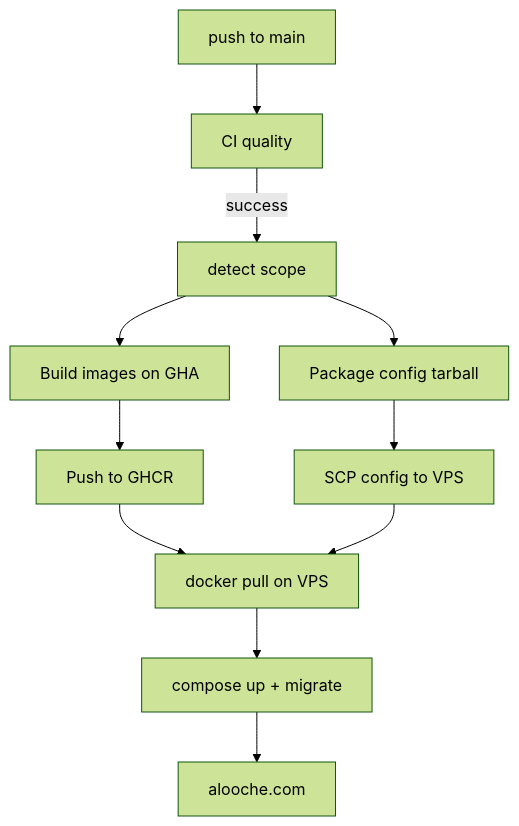
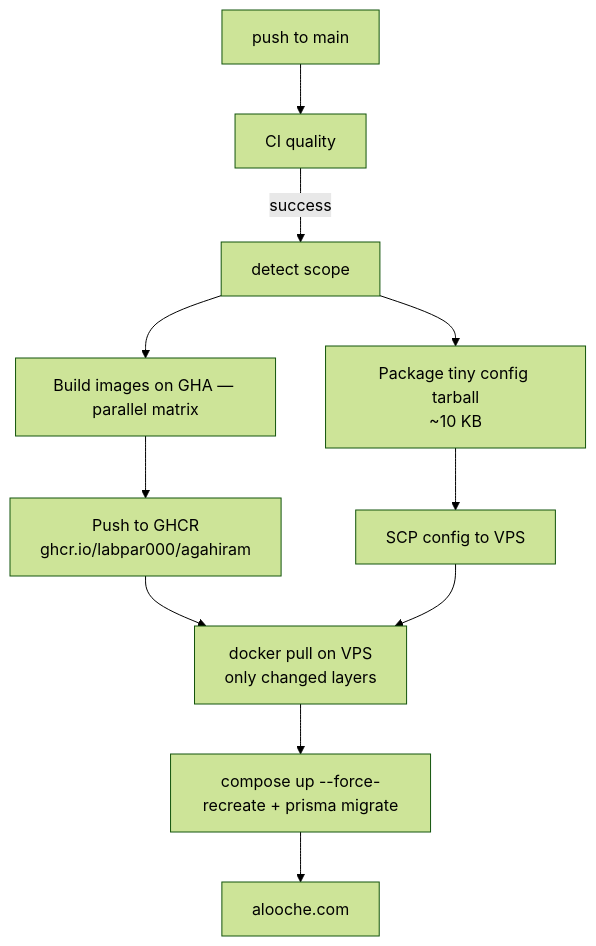
The diagram in docs/CI_CD.md (Labpar000/agahiram-final), drawn with Mermaid (forest theme) before and after one commit. The commit also changed other lines of this file and 11 other files, not shown here.

````diff
--- a/docs/CI_CD.md
+++ b/docs/CI_CD.md
@@ -9,13 +9,13 @@
 ```mermaid
 flowchart TD
   push[push to main] --> ci[CI quality]
   ci -->|success| scope[detect scope]
-  scope --> build[Build images on GHA]
-  build --> ghcr[Push to GHCR]
-  scope --> config[Package config tarball]
+  scope --> build[Build images on GHA — parallel matrix]
+  build --> ghcr[Push to GHCR\nghcr.io/labpar000/agahiram]
+  scope --> config[Package tiny config tarball\n~10 KB]
   config --> scp[SCP config to VPS]
-  ghcr --> pull[docker pull on VPS]
+  ghcr --> pull[docker pull on VPS\nonly changed layers]
   scp --> pull
-  pull --> up[compose up + migrate]
+  pull --> up[compose up --force-recreate + prisma migrate]
   up --> live[alooche.com]
 ```
````
